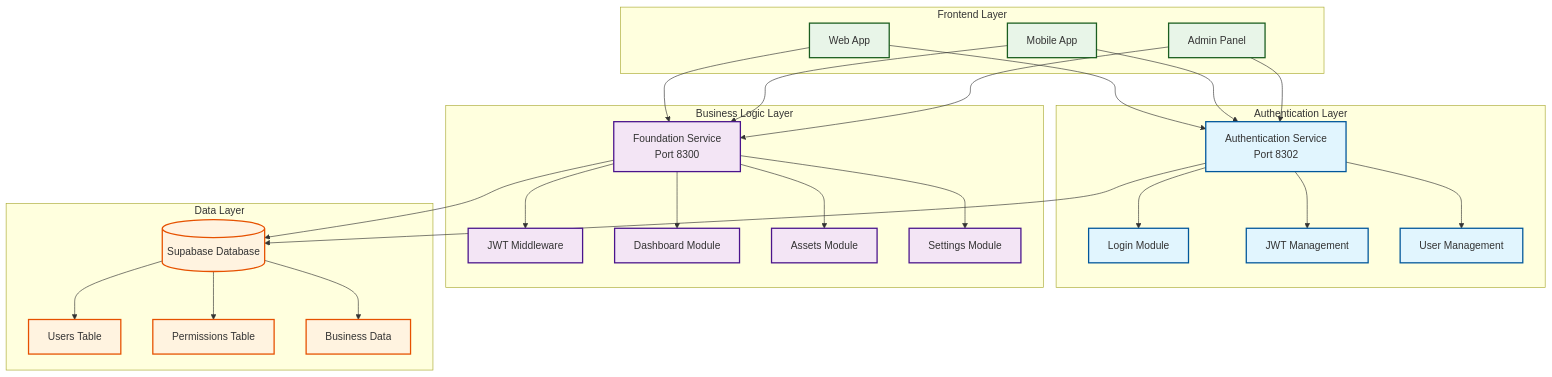
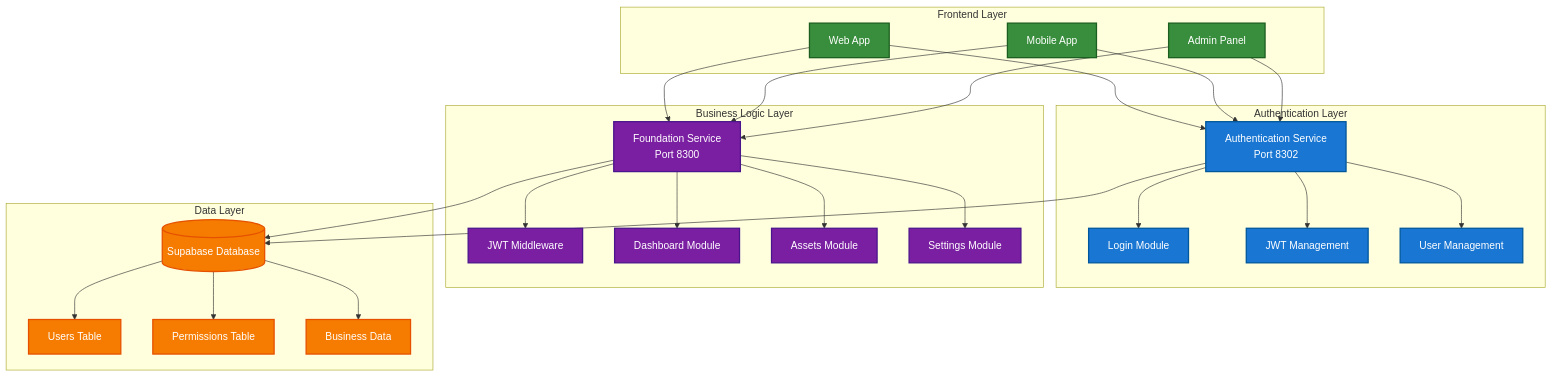
One commit to keeptracknepal/documentation changed the third of 6 diagrams in workflow/authentication/process-flow.md. Above: the diagram before and after it, drawn with Mermaid. The commit also changed other lines of this file and 7 other files, not shown here.

````diff
--- a/workflow/authentication/process-flow.md
+++ b/workflow/authentication/process-flow.md
@@ -104,66 +104,66 @@
 ```mermaid
 graph TB
     subgraph "Frontend Layer"
         WA[Web App]
         MA[Mobile App]
         AP[Admin Panel]
     end
     
     subgraph "Authentication Layer"
         AS[Authentication Service<br/>Port 8302]
         AS1[Login Module]
         AS2[JWT Management]
         AS3[User Management]
     end
     
     subgraph "Business Logic Layer"
         FS[Foundation Service<br/>Port 8300]
         FS1[JWT Middleware]
         FS2[Dashboard Module]
         FS3[Assets Module]
         FS4[Settings Module]
     end
     
     subgraph "Data Layer"
         DB[(Supabase Database)]
         T1[Users Table]
         T2[Permissions Table]
         T3[Business Data]
     end
     
     %% Connections
     WA --> AS
     MA --> AS
     AP --> AS
     
     WA --> FS
     MA --> FS
     AP --> FS
     
     AS --> AS1
     AS --> AS2
     AS --> AS3
     
     FS --> FS1
     FS --> FS2
     FS --> FS3
     FS --> FS4
     
     AS --> DB
     FS --> DB
     
     DB --> T1
     DB --> T2
     DB --> T3
     
     %% Styling
-    classDef frontend fill:#e8f5e8,stroke:#1b5e20,stroke-width:2px
-    classDef auth fill:#e1f5fe,stroke:#01579b,stroke-width:2px
-    classDef foundation fill:#f3e5f5,stroke:#4a148c,stroke-width:2px
-    classDef database fill:#fff3e0,stroke:#e65100,stroke-width:2px
+    classDef frontend fill:#388e3c,stroke:#1b5e20,stroke-width:2px,color:#ffffff
+    classDef auth fill:#1976d2,stroke:#01579b,stroke-width:2px,color:#ffffff
+    classDef foundation fill:#7b1fa2,stroke:#4a148c,stroke-width:2px,color:#ffffff
+    classDef database fill:#f57c00,stroke:#e65100,stroke-width:2px,color:#ffffff
     
     class WA,MA,AP frontend
     class AS,AS1,AS2,AS3 auth
     class FS,FS1,FS2,FS3,FS4 foundation
     class DB,T1,T2,T3 database
 ```
````
